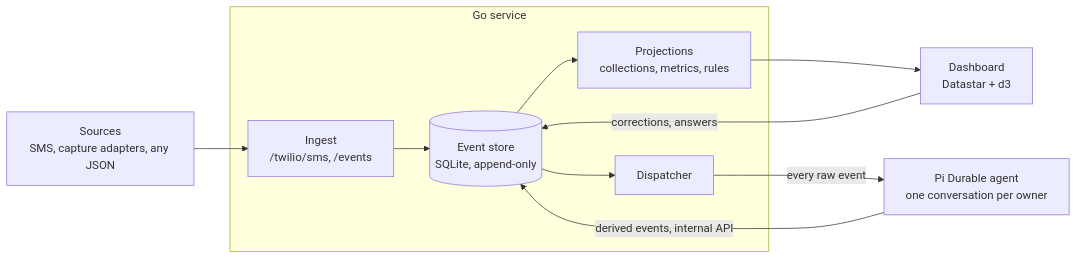
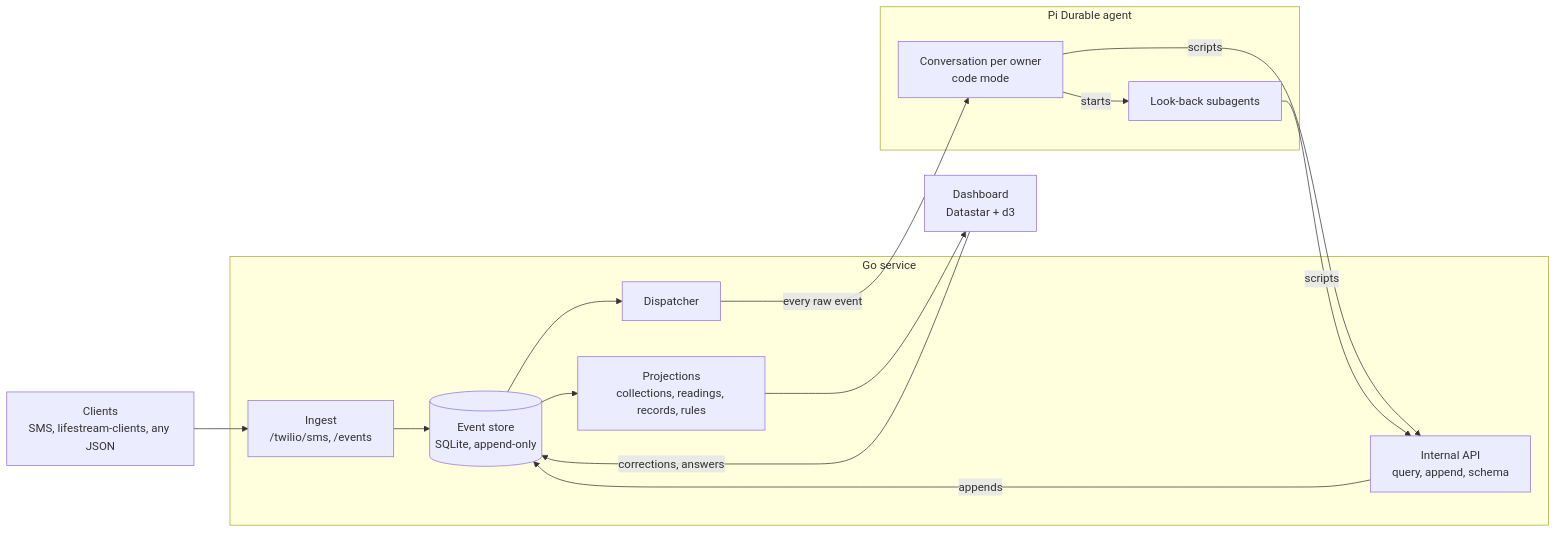
The diagram in VISION.md (brojonat/lifestream), drawn with Mermaid before and after one commit. The commit also changed other lines of this file and 4 other files, not shown here.

````diff
--- a/VISION.md
+++ b/VISION.md
@@ -133,17 +169,24 @@
 ```mermaid
 flowchart LR
-    sources[Sources<br/>SMS, capture adapters, any JSON]
+    clients[Clients<br/>SMS, lifestream-clients, any JSON]
     subgraph go [Go service]
         ingest[Ingest<br/>/twilio/sms, /events]
         store[(Event store<br/>SQLite, append-only)]
-        proj[Projections<br/>collections, metrics, rules]
+        proj[Projections<br/>collections, readings, records, rules]
+        api[Internal API<br/>query, append, schema]
         dispatch[Dispatcher]
     end
-    agent[Pi Durable agent<br/>one conversation per owner]
+    subgraph agent [Pi Durable agent]
+        conv[Conversation per owner<br/>code mode]
+        look[Look-back subagents]
+    end
     dash[Dashboard<br/>Datastar + d3]
 
-    sources --> ingest --> store --> proj --> dash
-    store --> dispatch -- every raw event --> agent
-    agent -- derived events, internal API --> store
+    clients --> ingest --> store --> proj --> dash
+    store --> dispatch -- every raw event --> conv
+    conv -- scripts --> api
+    look -- scripts --> api
+    conv -- starts --> look
+    api -- appends --> store
     dash -- corrections, answers --> store
 ```
````
